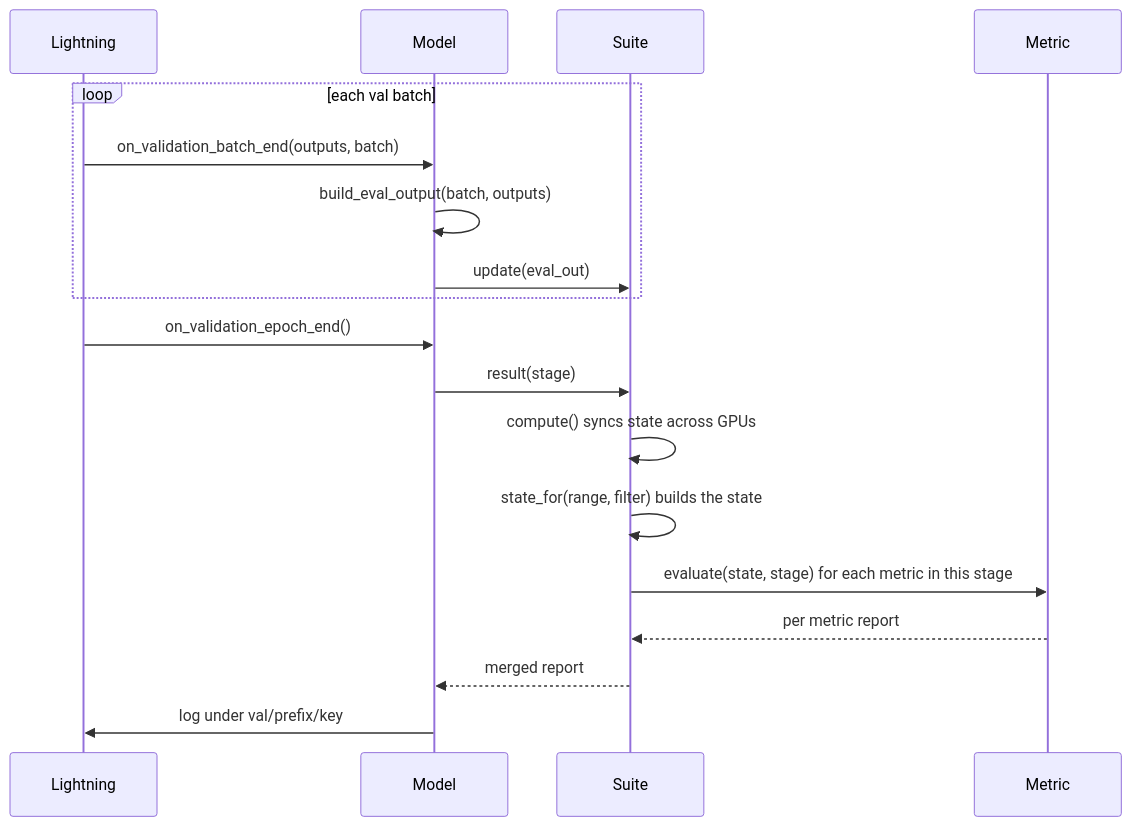
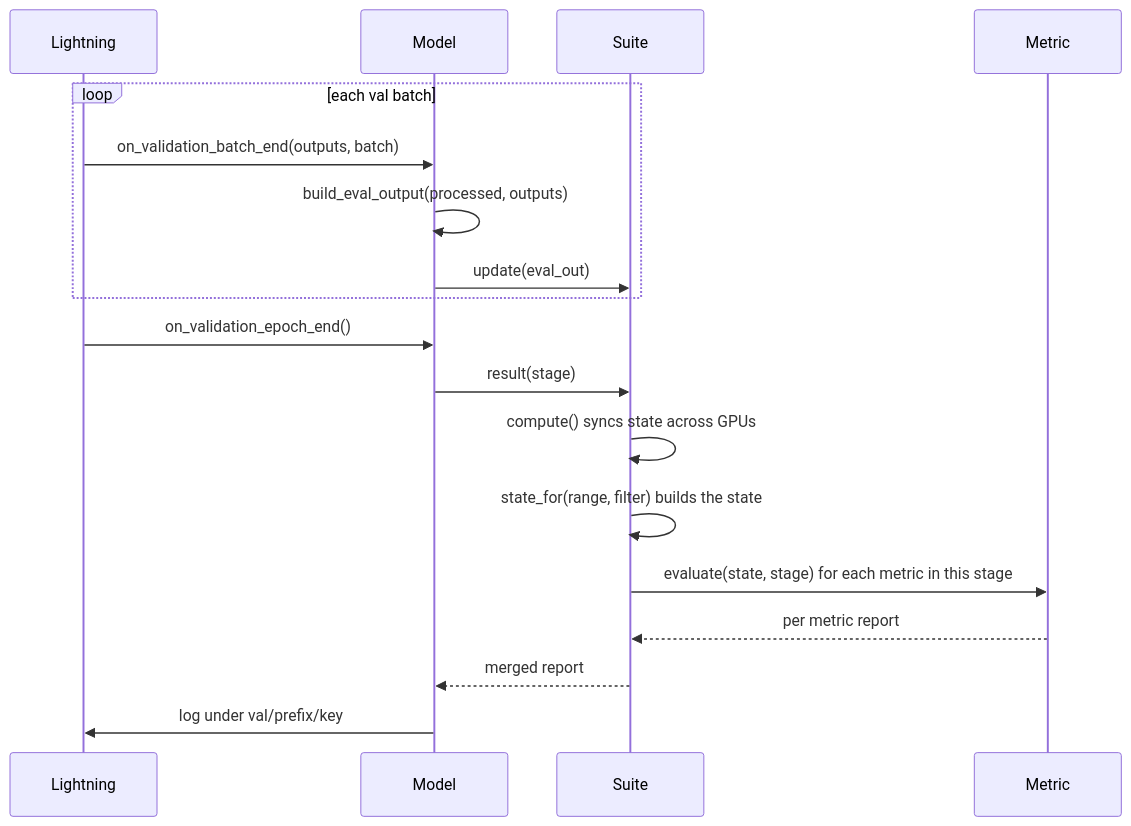
One commit to amadeuszsz/autoware-ml changed the first of 2 diagrams in docs/framework/metrics.md. Above: the diagram before and after it, drawn with Mermaid. The commit also changed other lines of this file and 402 other files, not shown here.

````diff
--- a/docs/framework/metrics.md
+++ b/docs/framework/metrics.md
@@ -75,20 +75,20 @@
 ```mermaid
 sequenceDiagram
     participant L as Lightning
     participant M as Model
     participant S as Suite
     participant Me as Metric
     loop each val batch
         L->>M: on_validation_batch_end(outputs, batch)
-        M->>M: build_eval_output(batch, outputs)
+        M->>M: build_eval_output(processed, outputs)
         M->>S: update(eval_out)
     end
     L->>M: on_validation_epoch_end()
     M->>S: result(stage)
     S->>S: compute() syncs state across GPUs
     S->>S: state_for(range, filter) builds the state
     S->>Me: evaluate(state, stage) for each metric in this stage
     Me-->>S: per metric report
     S-->>M: merged report
     M->>L: log under val/prefix/key
 ```
````
